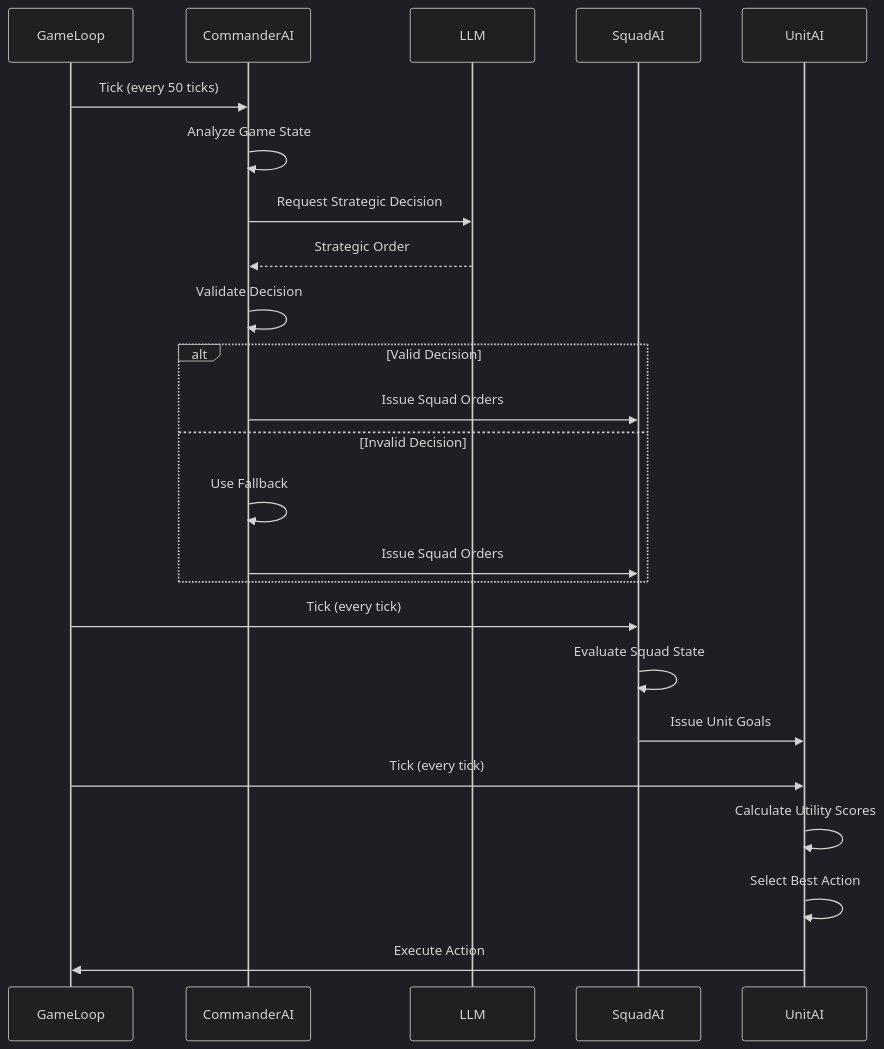
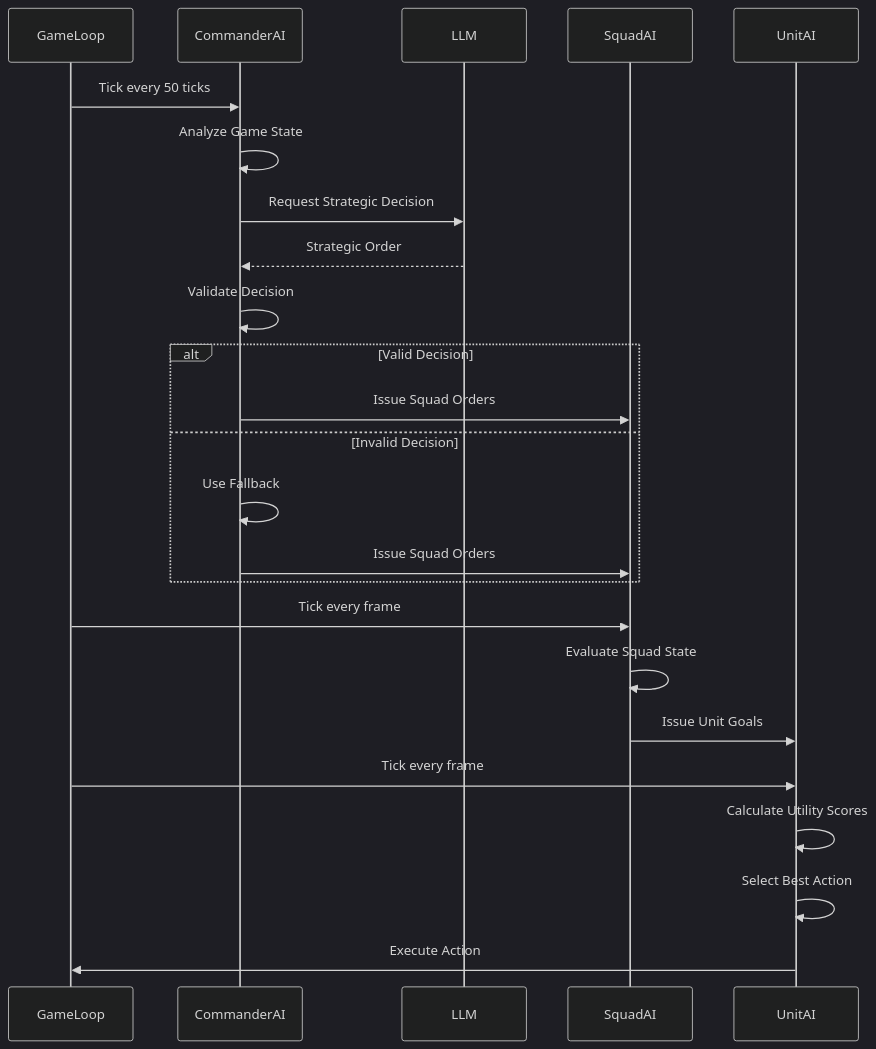
Before and after one commit to lucylow/quaternion: diagram 14 of 16 in README.md, drawn with Mermaid (dark theme). The commit also changed other lines of this file and 3 other files, not shown here.

````diff
--- a/README.md
+++ b/README.md
@@ -554,29 +691,29 @@
 ```mermaid
 sequenceDiagram
     participant GameLoop
     participant CommanderAI
     participant LLM
     participant SquadAI
     participant UnitAI
     
-    GameLoop->>CommanderAI: Tick (every 50 ticks)
+    GameLoop->>CommanderAI: Tick every 50 ticks
     CommanderAI->>CommanderAI: Analyze Game State
     CommanderAI->>LLM: Request Strategic Decision
     LLM-->>CommanderAI: Strategic Order
     CommanderAI->>CommanderAI: Validate Decision
     alt Valid Decision
         CommanderAI->>SquadAI: Issue Squad Orders
     else Invalid Decision
         CommanderAI->>CommanderAI: Use Fallback
         CommanderAI->>SquadAI: Issue Squad Orders
     end
     
-    GameLoop->>SquadAI: Tick (every tick)
+    GameLoop->>SquadAI: Tick every frame
     SquadAI->>SquadAI: Evaluate Squad State
     SquadAI->>UnitAI: Issue Unit Goals
     
-    GameLoop->>UnitAI: Tick (every tick)
+    GameLoop->>UnitAI: Tick every frame
     UnitAI->>UnitAI: Calculate Utility Scores
     UnitAI->>UnitAI: Select Best Action
     UnitAI->>GameLoop: Execute Action
 ```
````
